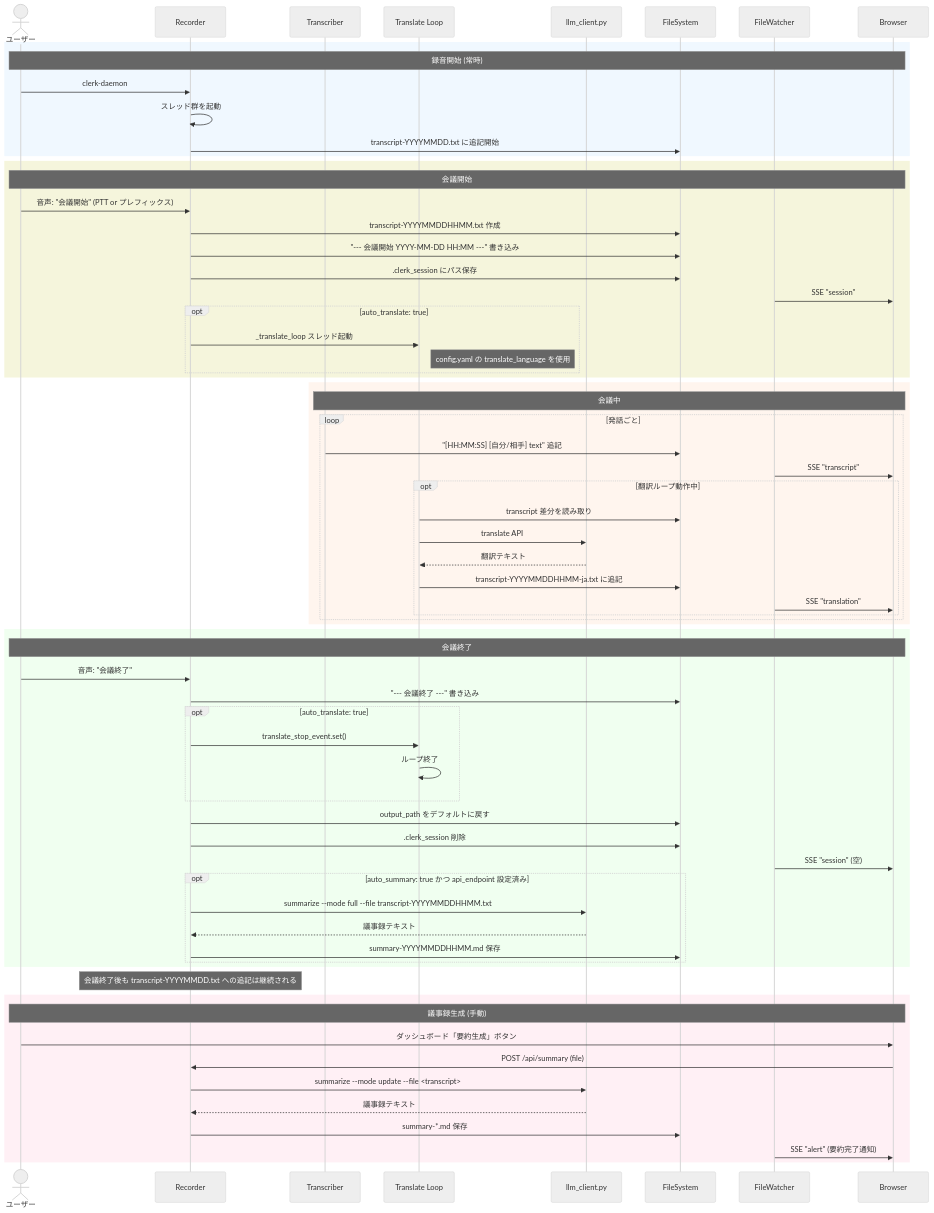
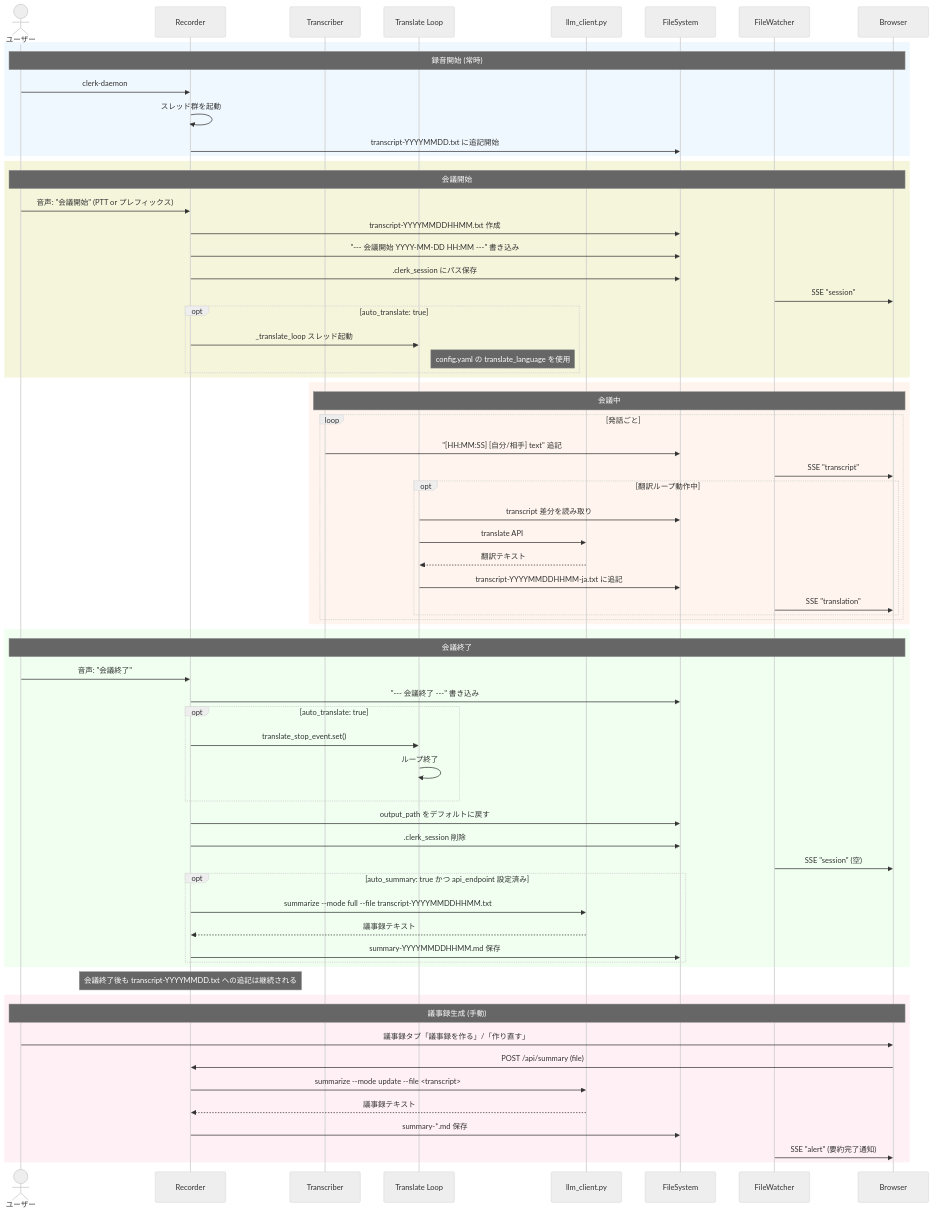
The seventh of 10 diagrams in SPEC.md (edocode/shadow-clerk), drawn with Mermaid (neutral theme) before and after one commit. The commit also changed other lines of this file and 68 other files, not shown here.

````diff
--- a/SPEC.md
+++ b/SPEC.md
@@ -500,76 +501,76 @@
 ```mermaid
 sequenceDiagram
     actor User as ユーザー
     participant Rec as Recorder
     participant Trans as Transcriber
     participant TL as Translate Loop
     participant LLM as llm_client.py
     participant FS as FileSystem
     participant FW as FileWatcher
     participant B as Browser
 
     rect rgb(240, 248, 255)
         Note over User, B: 録音開始 (常時)
         User->>Rec: clerk-daemon
         Rec->>Rec: スレッド群を起動
         Rec->>FS: transcript-YYYYMMDD.txt に追記開始
     end
 
     rect rgb(245, 245, 220)
         Note over User, B: 会議開始
         User->>Rec: 音声: "会議開始" (PTT or プレフィックス)
         Rec->>FS: transcript-YYYYMMDDHHMM.txt 作成
         Rec->>FS: "--- 会議開始 YYYY-MM-DD HH:MM ---" 書き込み
         Rec->>FS: .clerk_session にパス保存
         FW->>B: SSE "session"
         opt auto_translate: true
             Rec->>TL: _translate_loop スレッド起動
             Note right of TL: config.yaml の translate_language を使用
         end
     end
 
     rect rgb(255, 245, 238)
         Note over Trans, B: 会議中
         loop 発話ごと
             Trans->>FS: "[HH:MM:SS] [自分/相手] text" 追記
             FW->>B: SSE "transcript"
             opt 翻訳ループ動作中
                 TL->>FS: transcript 差分を読み取り
                 TL->>LLM: translate API
                 LLM-->>TL: 翻訳テキスト
                 TL->>FS: transcript-YYYYMMDDHHMM-ja.txt に追記
                 FW->>B: SSE "translation"
             end
         end
     end
 
     rect rgb(240, 255, 240)
         Note over User, B: 会議終了
         User->>Rec: 音声: "会議終了"
         Rec->>FS: "--- 会議終了 ---" 書き込み
         opt auto_translate: true
             Rec->>TL: translate_stop_event.set()
             TL->>TL: ループ終了
         end
         Rec->>FS: output_path をデフォルトに戻す
         Rec->>FS: .clerk_session 削除
         FW->>B: SSE "session" (空)
         opt auto_summary: true かつ api_endpoint 設定済み
             Rec->>LLM: summarize --mode full --file transcript-YYYYMMDDHHMM.txt
             LLM-->>Rec: 議事録テキスト
             Rec->>FS: summary-YYYYMMDDHHMM.md 保存
         end
     end
 
     Note over Rec: 会議終了後も transcript-YYYYMMDD.txt への追記は継続される
 
     rect rgb(255, 240, 245)
         Note over User, B: 議事録生成 (手動)
-        User->>B: ダッシュボード「要約生成」ボタン
+        User->>B: 議事録タブ「議事録を作る」/「作り直す」
         B->>Rec: POST /api/summary (file)
         Rec->>LLM: summarize --mode update --file <transcript>
         LLM-->>Rec: 議事録テキスト
         Rec->>FS: summary-*.md 保存
         FW->>B: SSE "alert" (要約完了通知)
     end
 ```
````
